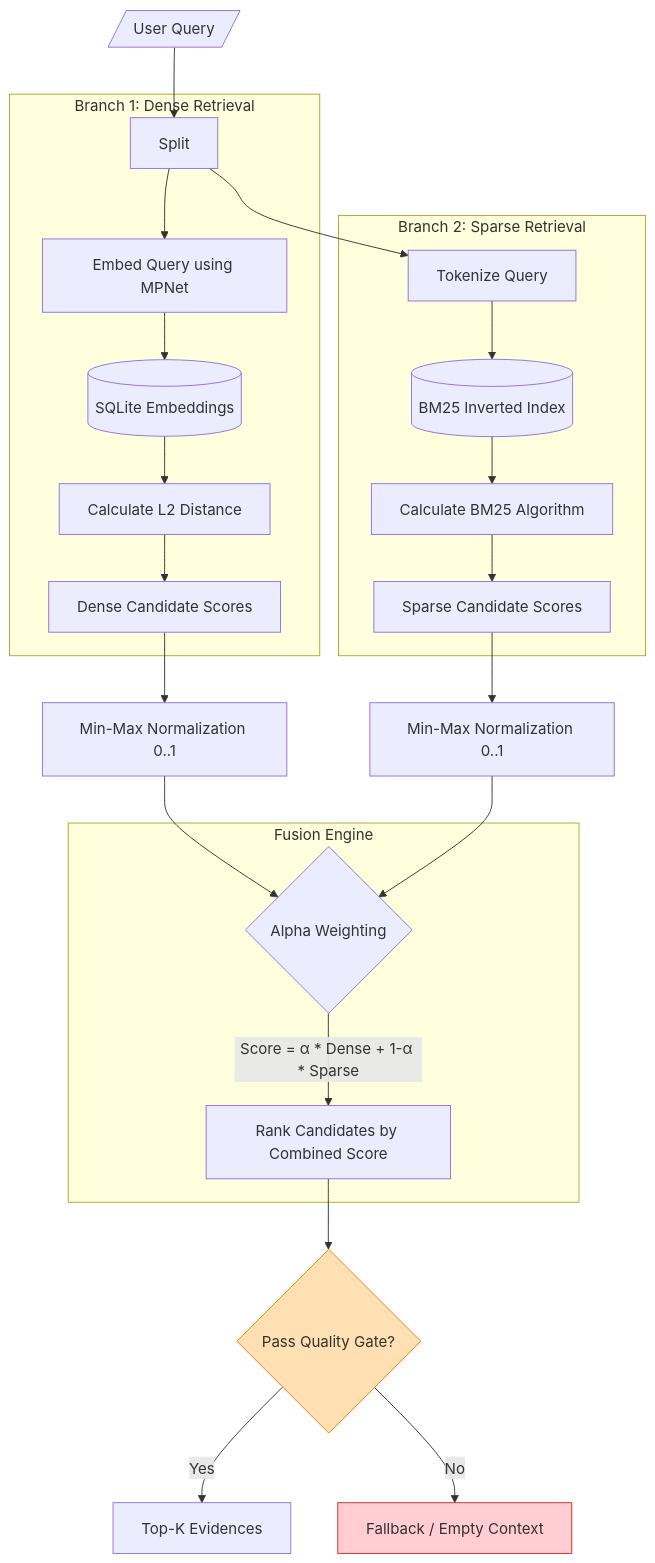
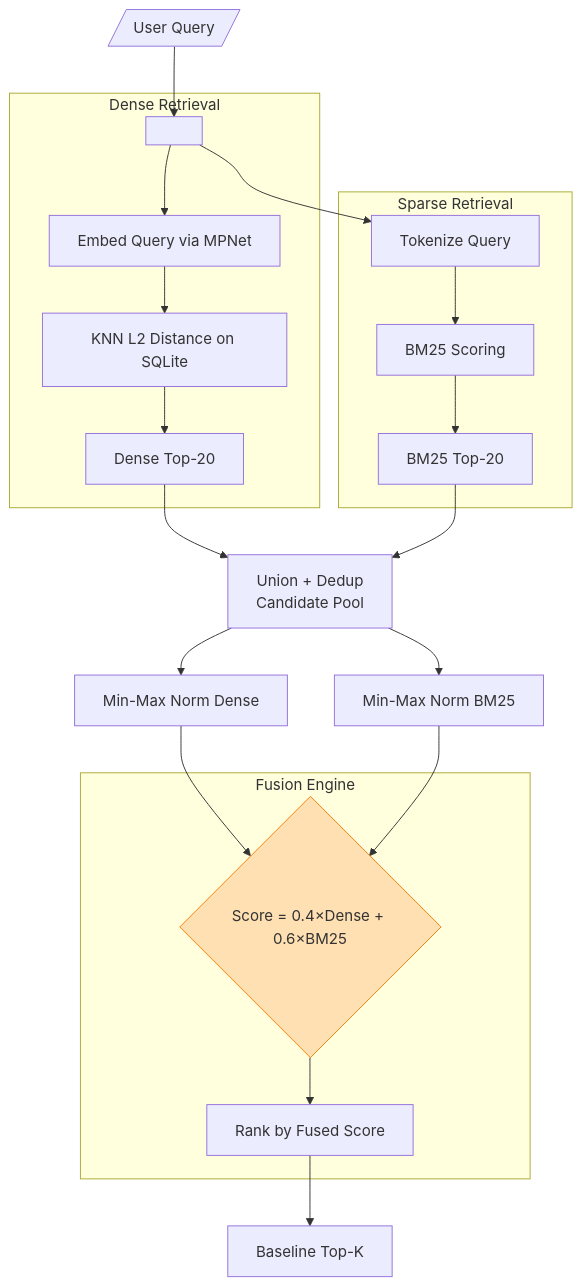
One commit to TatVan-24/StudyBot changed the fifth of 7 diagrams in Architecture/13-rag-pipeline-design.md. Above: the diagram before and after it, drawn with Mermaid. The commit also changed other lines of this file and 10 other files, not shown here.

````diff
--- a/Architecture/13-rag-pipeline-design.md
+++ b/Architecture/13-rag-pipeline-design.md
@@ -141,37 +156,34 @@
 ```mermaid
 flowchart TD
-    Query[/User Query/] --> Split
-    
-    subgraph Branch 1: Dense Retrieval
-        Split --> EmbedQ[Embed Query using MPNet]
-        EmbedQ --> FetchVec[(SQLite Embeddings)]
-        FetchVec --> L2[Calculate L2 Distance]
-        L2 --> DenseScores[Dense Candidate Scores]
+    Query[/User Query/] --> Split[ ]
+
+    subgraph Dense Retrieval
+        Split --> EmbedQ[Embed Query via MPNet]
+        EmbedQ --> L2[KNN L2 Distance on SQLite]
+        L2 --> DenseTop20[Dense Top-20]
     end
-    
-    subgraph Branch 2: Sparse Retrieval
+
+    subgraph Sparse Retrieval
         Split --> TokenizeQ[Tokenize Query]
-        TokenizeQ --> FetchInv[(BM25 Inverted Index)]
-        FetchInv --> TFIDF[Calculate BM25 Algorithm]
-        TFIDF --> SparseScores[Sparse Candidate Scores]
+        TokenizeQ --> BM25Calc[BM25 Scoring]
+        BM25Calc --> BM25Top20[BM25 Top-20]
     end
-    
-    DenseScores --> Norm1[Min-Max Normalization 0..1]
-    SparseScores --> Norm2[Min-Max Normalization 0..1]
-    
+
+    DenseTop20 --> Union[Union + Dedup\nCandidate Pool]
+    BM25Top20 --> Union
+
+    Union --> Norm1[Min-Max Norm Dense]
+    Union --> Norm2[Min-Max Norm BM25]
+
     Norm1 --> Fusion
     Norm2 --> Fusion
-    
+
     subgraph Fusion Engine
-        Fusion{Alpha Weighting}
-        Fusion -->|Score = α * Dense + 1-α * Sparse| FinalRank
-        FinalRank[Rank Candidates by Combined Score]
+        Fusion{Score = 0.4×Dense + 0.6×BM25}
+        Fusion --> BaselineRank[Rank by Fused Score]
     end
-    
-    FinalRank --> Guardrail{Pass Quality Gate?}
-    Guardrail -->|Yes| Output[Top-K Evidences]
-    Guardrail -->|No| Reject[Fallback / Empty Context]
-    
-    style Guardrail fill:#ffe0b2,stroke:#f57c00
-    style Reject fill:#ffcdd2,stroke:#d32f2f
+
+    BaselineRank --> Output[Baseline Top-K]
+
+    style Fusion fill:#ffe0b2,stroke:#f57c00
 ```
````
